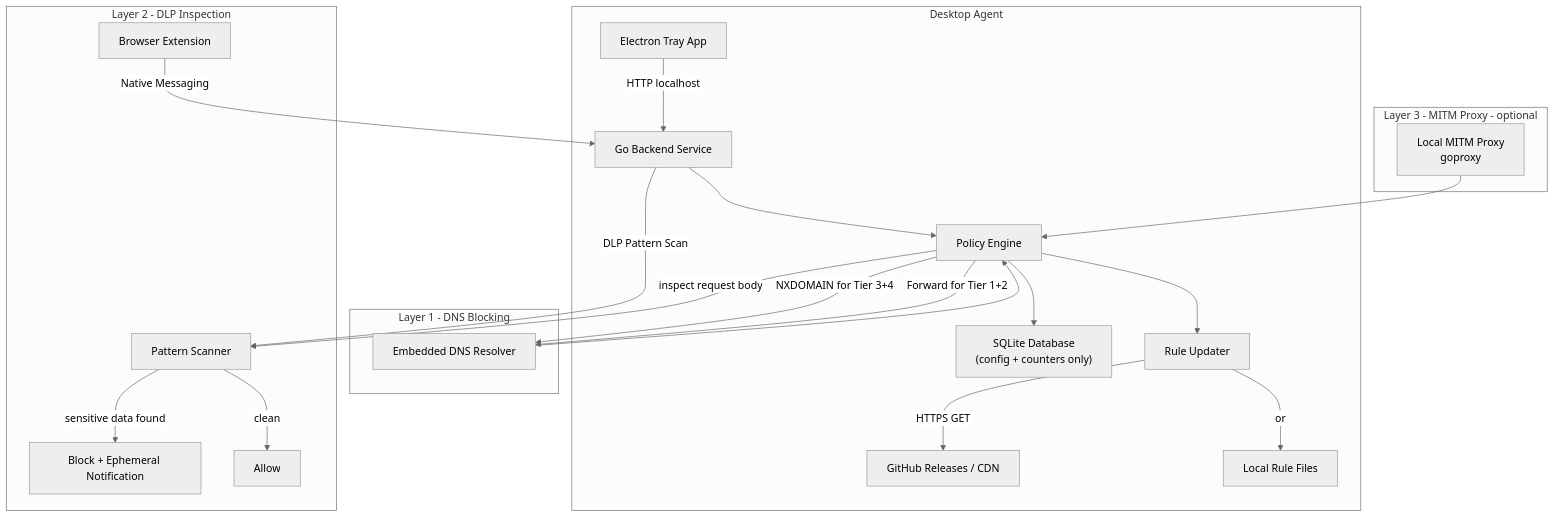
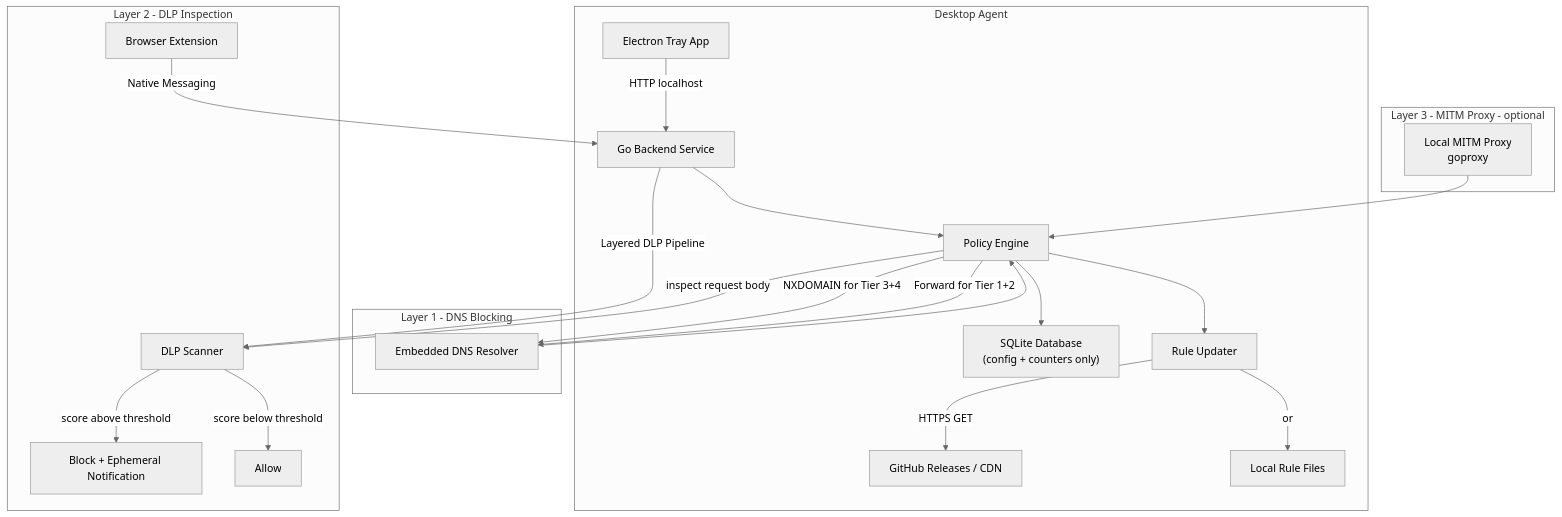
The first of 5 diagrams in ARCHITECTURE.md (kennguy3n/secure-edge), drawn with Mermaid (neutral theme) before and after one commit. The commit also changed other lines of this file and 4 other files, not shown here.

First line of the commit message:
docs: layered DLP pipeline (hotwords, scoring, exclusions, Aho-Corasick) + privacy-first restoration

````diff
--- a/ARCHITECTURE.md
+++ b/ARCHITECTURE.md
@@ -5,29 +5,29 @@
 ```mermaid
 graph TD
     subgraph "Desktop Agent"
         A["Electron Tray App"] -->|"HTTP localhost"| B["Go Backend Service"]
         B --> C["Policy Engine"]
         C --> D["SQLite Database\n(config + counters only)"]
         C --> E["Rule Updater"]
         E -->|"HTTPS GET"| F["GitHub Releases / CDN"]
         E -->|"or"| G["Local Rule Files"]
     end
 
     subgraph "Layer 1 - DNS Blocking"
         H["Embedded DNS Resolver"] --> C
         C -->|"NXDOMAIN for Tier 3+4"| H
         C -->|"Forward for Tier 1+2"| H
     end
 
     subgraph "Layer 2 - DLP Inspection"
         I["Browser Extension"] -->|"Native Messaging"| B
-        B -->|"DLP Pattern Scan"| J["Pattern Scanner"]
-        J -->|"sensitive data found"| K["Block + Ephemeral Notification"]
-        J -->|"clean"| L["Allow"]
+        B -->|"Layered DLP Pipeline"| J["DLP Scanner"]
+        J -->|"score above threshold"| K["Block + Ephemeral Notification"]
+        J -->|"score below threshold"| L["Allow"]
     end
 
     subgraph "Layer 3 - MITM Proxy - optional"
         M["Local MITM Proxy\ngoproxy"] --> C
         C -->|"inspect request body"| J
     end
 ```
````
